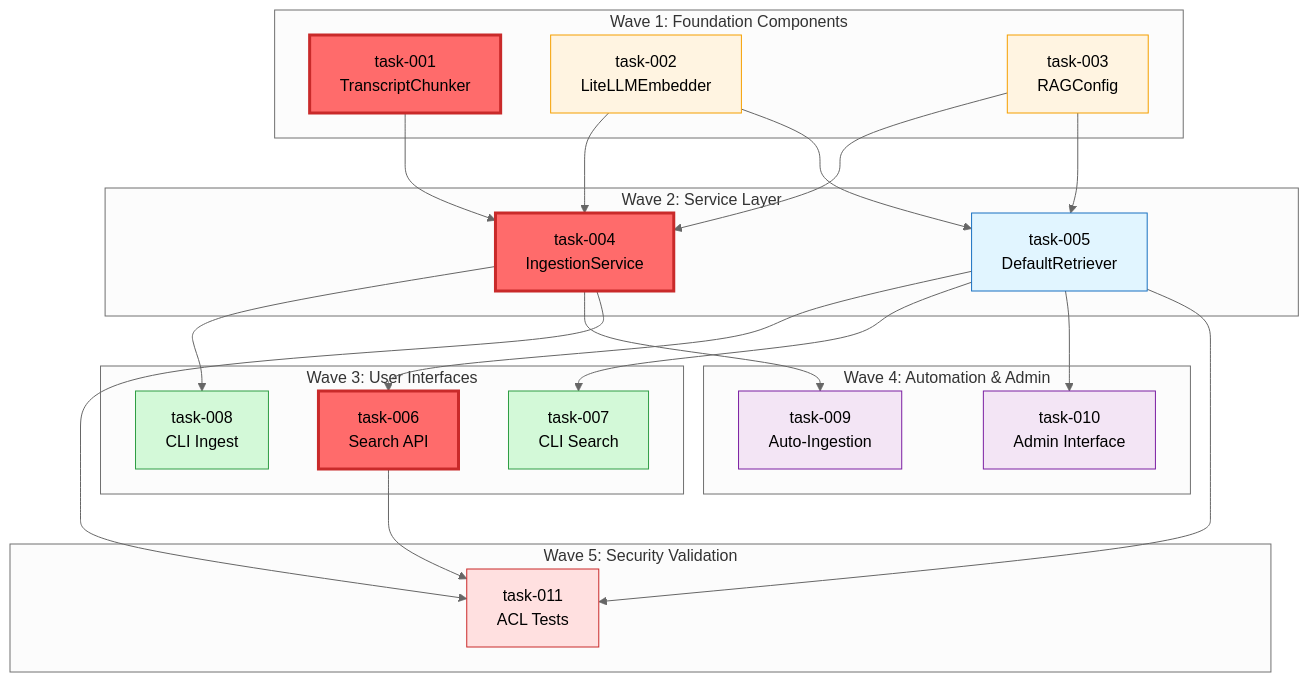
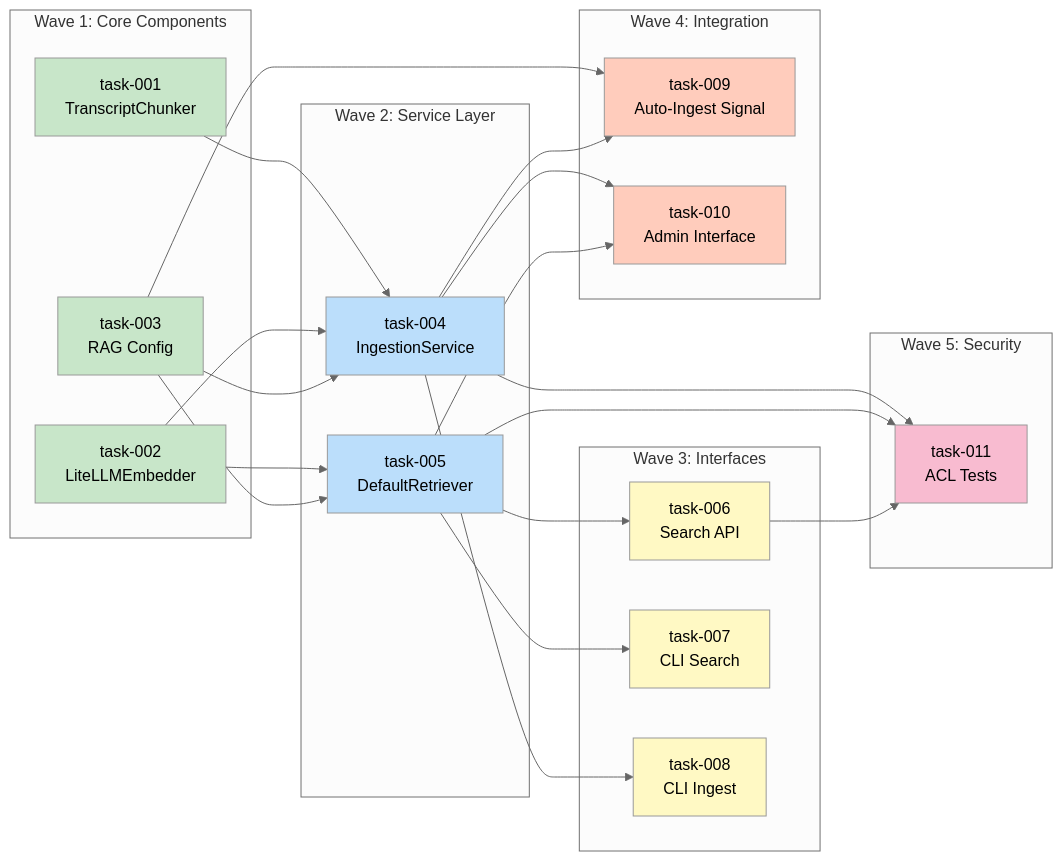
One commit to jpoutrin/content-sync-service changed the diagram in parallel/TS-0002-rag-transcript-ingestion/task-graph.md. Above: the diagram before and after it, drawn with Mermaid (neutral theme). The commit also changed other lines of this file and 16 other files, not shown here.

First line of the commit message:
docs(rag-ts0002): refine architecture and task specifications for transcript ingestion

````diff
--- a/parallel/TS-0002-rag-transcript-ingestion/task-graph.md
+++ b/parallel/TS-0002-rag-transcript-ingestion/task-graph.md
@@ -5,59 +18,63 @@
 ```mermaid
-graph TD
-    subgraph "Wave 1: Foundation Components"
-        T001[task-001<br/>TranscriptChunker]
-        T002[task-002<br/>LiteLLMEmbedder]
-        T003[task-003<br/>RAGConfig]
+graph LR
+    subgraph Wave1["Wave 1: Core Components"]
+        T1[task-001<br/>TranscriptChunker]
+        T2[task-002<br/>LiteLLMEmbedder]
+        T3[task-003<br/>RAG Config]
     end
 
-    subgraph "Wave 2: Service Layer"
-        T004[task-004<br/>IngestionService]
-        T005[task-005<br/>DefaultRetriever]
+    subgraph Wave2["Wave 2: Service Layer"]
+        T4[task-004<br/>IngestionService]
+        T5[task-005<br/>DefaultRetriever]
     end
 
-    subgraph "Wave 3: User Interfaces"
-        T006[task-006<br/>Search API]
-        T007[task-007<br/>CLI Search]
-        T008[task-008<br/>CLI Ingest]
+    subgraph Wave3["Wave 3: Interfaces"]
+        T6[task-006<br/>Search API]
+        T7[task-007<br/>CLI Search]
+        T8[task-008<br/>CLI Ingest]
     end
 
-    subgraph "Wave 4: Automation & Admin"
-        T009[task-009<br/>Auto-Ingestion]
-        T010[task-010<br/>Admin Interface]
+    subgraph Wave4["Wave 4: Integration"]
+        T9[task-009<br/>Auto-Ingest Signal]
+        T10[task-010<br/>Admin Interface]
     end
 
-    subgraph "Wave 5: Security Validation"
-        T011[task-011<br/>ACL Tests]
+    subgraph Wave5["Wave 5: Security"]
+        T11[task-011<br/>ACL Tests]
     end
 
-    T001 --> T004
-    T002 --> T004
-    T003 --> T004
-    T002 --> T005
-    T003 --> T005
+    %% Wave 1 -> Wave 2 dependencies
+    T1 --> T4
+    T2 --> T4
+    T2 --> T5
+    T3 --> T4
+    T3 --> T5
+    T3 --> T9
 
-    T005 --> T006
-    T005 --> T007
-    T004 --> T008
+    %% Wave 2 -> Wave 3 dependencies
+    T4 --> T8
+    T5 --> T6
+    T5 --> T7
 
-    T004 --> T009
-    T005 --> T010
+    %% Wave 2 -> Wave 4 dependencies
+    T4 --> T9
+    T4 --> T10
+    T5 --> T10
 
-    T004 --> T011
-    T005 --> T011
-    T006 --> T011
+    %% Wave 3/4 -> Wave 5 dependencies
+    T4 --> T11
+    T5 --> T11
+    T6 --> T11
 
-    classDef critical fill:#ff6b6b,stroke:#c92a2a,stroke-width:3px
-    classDef wave1 fill:#fff4e1,stroke:#f59f00
-    classDef wave2 fill:#e1f5ff,stroke:#1971c2
-    classDef wave3 fill:#d3f9d8,stroke:#2f9e44
-    classDef wave4 fill:#f3e5f5,stroke:#7b1fa2
-    classDef wave5 fill:#ffe0e0,stroke:#c92a2a
-
-    class T001,T002,T003 wave1
-    class T004,T005 wave2
-    class T006,T007,T008 wave3
-    class T009,T010 wave4
-    class T011 wave5
-    class T001,T004,T006 critical
+    style T1 fill:#c8e6c9
+    style T2 fill:#c8e6c9
+    style T3 fill:#c8e6c9
+    style T4 fill:#bbdefb
+    style T5 fill:#bbdefb
+    style T6 fill:#fff9c4
+    style T7 fill:#fff9c4
+    style T8 fill:#fff9c4
+    style T9 fill:#ffccbc
+    style T10 fill:#ffccbc
+    style T11 fill:#f8bbd0
 ```
````
